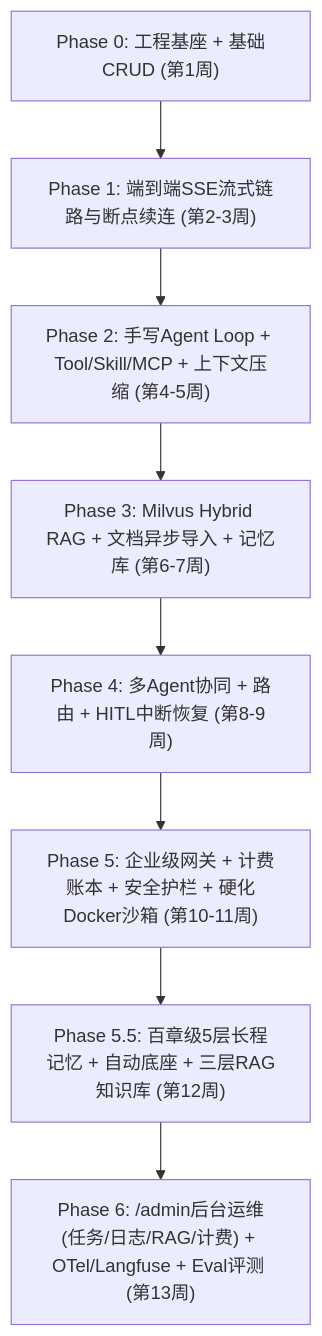
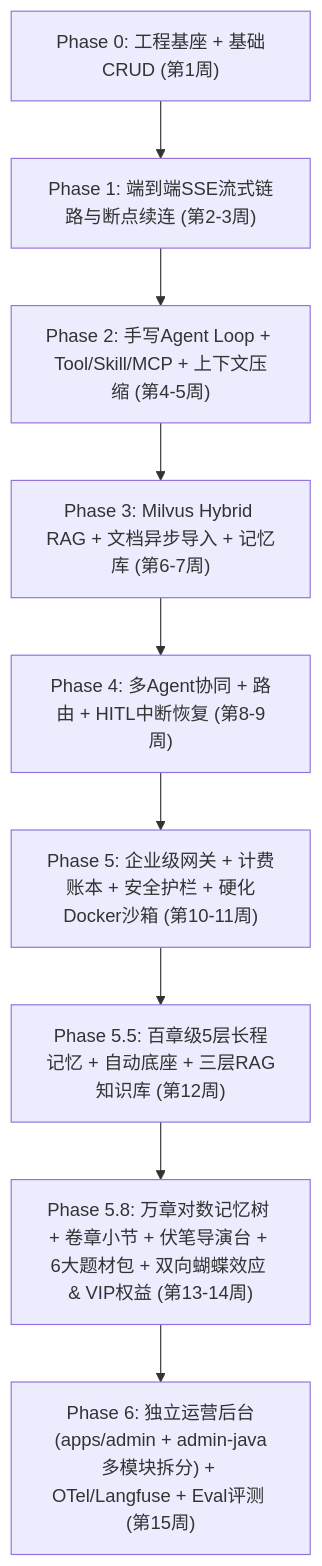
One commit to redpandaex/foliarc-studio changed the second of 2 diagrams in docs/ROADMAP.md. Above: the diagram before and after it, drawn with Mermaid. The commit also changed other lines of this file and 68 other files, not shown here.

Commit message:
feat(phase5.5): hierarchical 5-layer memory, 3-scope RAG, VIP entitlements center, and architecture docs

````diff
--- a/docs/ROADMAP.md
+++ b/docs/ROADMAP.md
@@ -252,10 +262,11 @@
 ```mermaid
 flowchart TD
     P0["Phase 0: 工程基座 + 基础CRUD (第1周)"] --> P1["Phase 1: 端到端SSE流式链路与断点续连 (第2-3周)"]
     P1 --> P2["Phase 2: 手写Agent Loop + Tool/Skill/MCP + 上下文压缩 (第4-5周)"]
     P2 --> P3["Phase 3: Milvus Hybrid RAG + 文档异步导入 + 记忆库 (第6-7周)"]
     P3 --> P4["Phase 4: 多Agent协同 + 路由 + HITL中断恢复 (第8-9周)"]
     P4 --> P5["Phase 5: 企业级网关 + 计费账本 + 安全护栏 + 硬化Docker沙箱 (第10-11周)"]
     P5 --> P55["Phase 5.5: 百章级5层长程记忆 + 自动底座 + 三层RAG知识库 (第12周)"]
-    P55 --> P6["Phase 6: /admin后台运维(任务/日志/RAG/计费) + OTel/Langfuse + Eval评测 (第13周)"]
+    P55 --> P58["Phase 5.8: 万章对数记忆树 + 卷章小节 + 伏笔导演台 + 6大题材包 + 双向蝴蝶效应 & VIP权益 (第13-14周)"]
+    P58 --> P6["Phase 6: 独立运营后台(apps/admin + admin-java多模块拆分) + OTel/Langfuse + Eval评测 (第15周)"]
 ```
````
